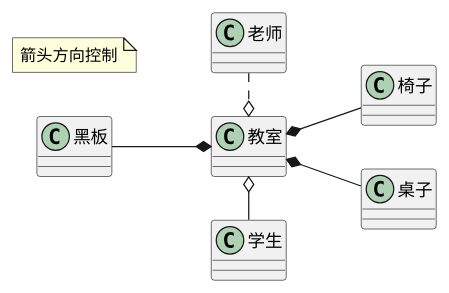
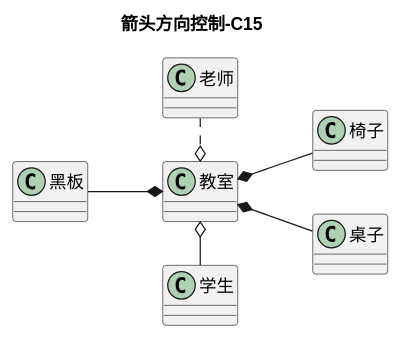
One commit to securitgithub/plantumlforvscode changed the tenth of 24 diagrams in README.md. Above: the diagram before and after it, drawn with PlantUML. The commit also changed other lines of this file and 6 other files, not shown here.

````diff
--- a/README.md
+++ b/README.md
@@ -394,13 +395,13 @@
 ```plantuml
 @startuml
-note "箭头方向控制" as C5
+title 箭头方向控制-C15
 
 left to right direction
 教室 o- 学生
 老师 .o 教室
 
 教室 *-- 椅子
 教室 *-up- 黑板
 教室 *-- 桌子
 @enduml
 ```
````
